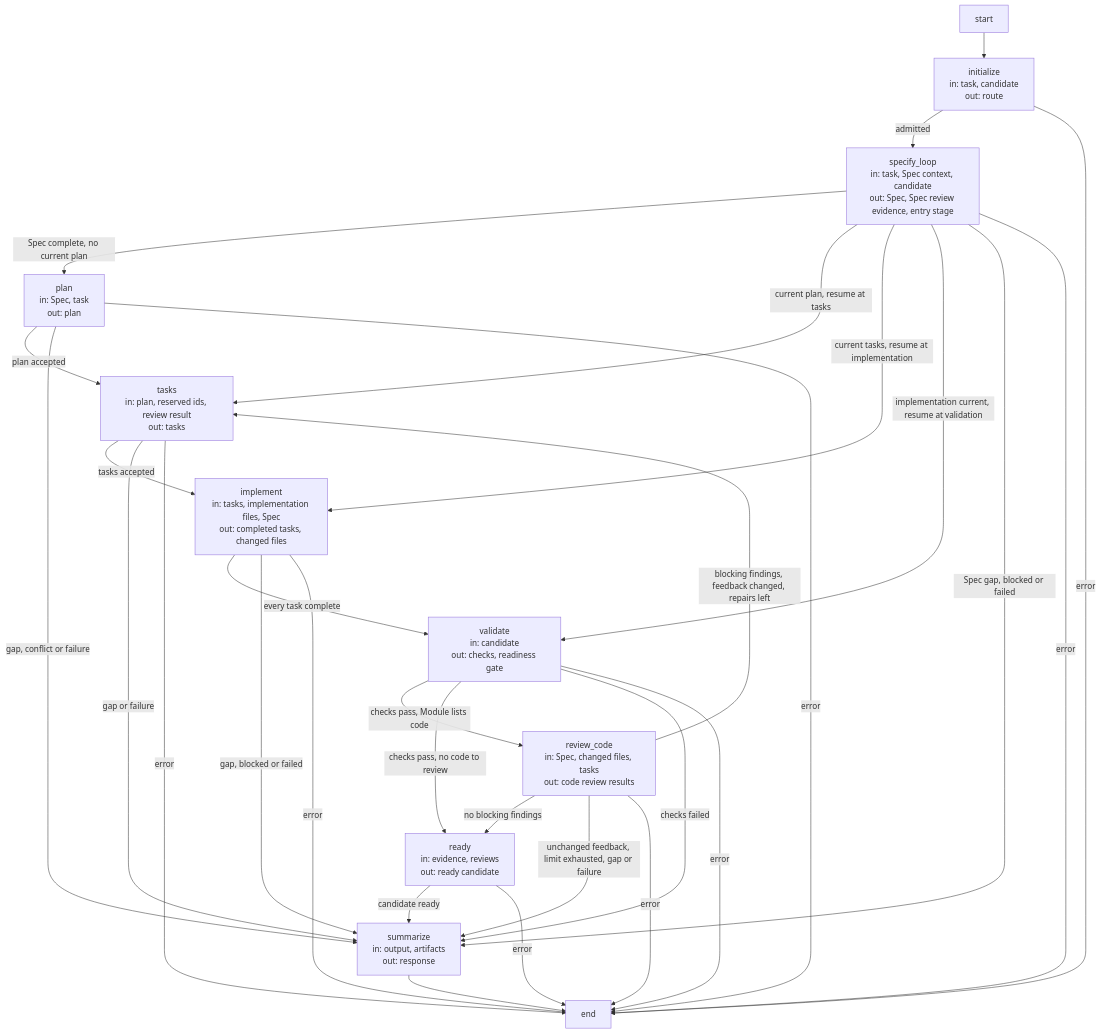
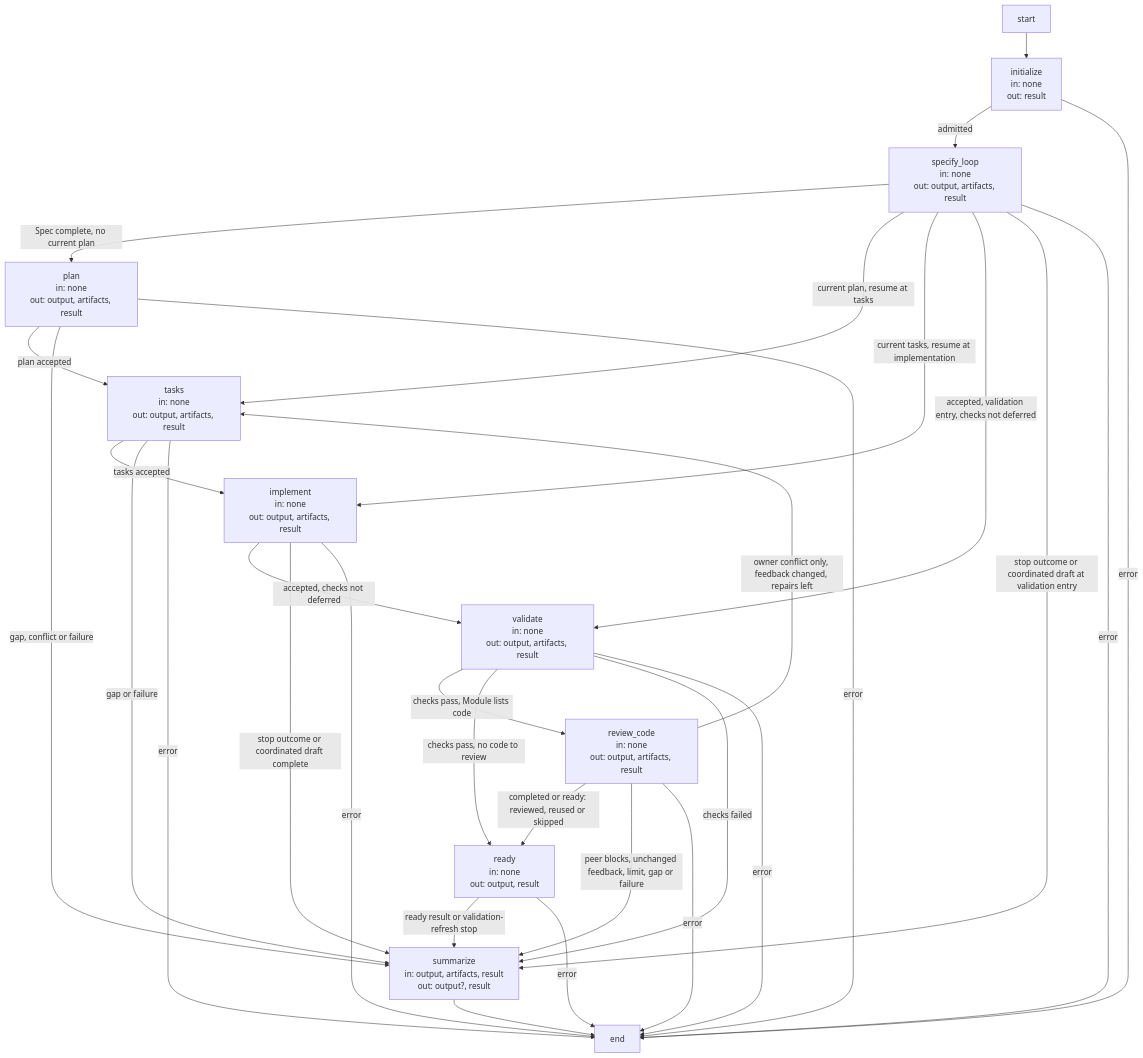
Before and after one commit to FTOD/concorde: the diagram in specs/concorde/dev-loop/execution-reference.md, drawn with Mermaid. The commit also changed other lines of this file and 10 other files, not shown here.

Commit message:
docs: clarify LangGraph state and routing in operation diagrams

````diff
--- a/specs/concorde/dev-loop/execution-reference.md
+++ b/specs/concorde/dev-loop/execution-reference.md
@@ -227,46 +242,46 @@
 ```mermaid
 flowchart TB
     %% graph: development_graph
     accTitle: Development Graph
     accDescr: After initialization the specification Graph runs, then planning, tasks, implementation, validation, code review and readiness in order; a resumed candidate re-enters at the stage its current evidence permits; blocking code review routes back to tasks within the repair budget; every other non-advancing outcome stops at summarize, and a guard-caught error ends the Graph.
     __start__["start"]
-    initialize["initialize<br/>in: task, candidate<br/>out: route"]
-    specify_loop["specify_loop<br/>in: task, Spec context, candidate<br/>out: Spec, Spec review evidence, entry stage"]
-    plan["plan<br/>in: Spec, task<br/>out: plan"]
-    tasks["tasks<br/>in: plan, reserved ids, review result<br/>out: tasks"]
-    implement["implement<br/>in: tasks, implementation files, Spec<br/>out: completed tasks, changed files"]
-    validate["validate<br/>in: candidate<br/>out: checks, readiness gate"]
-    review_code["review_code<br/>in: Spec, changed files, tasks<br/>out: code review results"]
-    ready["ready<br/>in: evidence, reviews<br/>out: ready candidate"]
-    summarize["summarize<br/>in: output, artifacts<br/>out: response"]
+    initialize["initialize<br/>in: none<br/>out: result"]
+    specify_loop["specify_loop<br/>in: none<br/>out: output, artifacts, result"]
+    plan["plan<br/>in: none<br/>out: output, artifacts, result"]
+    tasks["tasks<br/>in: none<br/>out: output, artifacts, result"]
+    implement["implement<br/>in: none<br/>out: output, artifacts, result"]
+    validate["validate<br/>in: none<br/>out: output, artifacts, result"]
+    review_code["review_code<br/>in: none<br/>out: output, artifacts, result"]
+    ready["ready<br/>in: none<br/>out: output, result"]
+    summarize["summarize<br/>in: output, artifacts, result<br/>out: output?, result"]
     __end__["end"]
     __start__ --> initialize
     initialize -->|admitted| specify_loop
     initialize -->|error| __end__
     specify_loop -->|Spec complete, no current plan| plan
     specify_loop -->|current plan, resume at tasks| tasks
     specify_loop -->|current tasks, resume at implementation| implement
-    specify_loop -->|implementation current, resume at validation| validate
-    specify_loop -->|Spec gap, blocked or failed| summarize
+    specify_loop -->|accepted, validation entry, checks not deferred| validate
+    specify_loop -->|stop outcome or coordinated draft at validation entry| summarize
     specify_loop -->|error| __end__
     plan -->|plan accepted| tasks
     plan -->|gap, conflict or failure| summarize
     plan -->|error| __end__
     tasks -->|tasks accepted| implement
     tasks -->|gap or failure| summarize
     tasks -->|error| __end__
-    implement -->|every task complete| validate
-    implement -->|gap, blocked or failed| summarize
+    implement -->|accepted, checks not deferred| validate
+    implement -->|stop outcome or coordinated draft complete| summarize
     implement -->|error| __end__
     validate -->|checks pass, Module lists code| review_code
     validate -->|checks pass, no code to review| ready
     validate -->|checks failed| summarize
     validate -->|error| __end__
-    review_code -->|no blocking findings| ready
-    review_code -->|blocking findings, feedback changed, repairs left| tasks
-    review_code -->|unchanged feedback, limit exhausted, gap or failure| summarize
+    review_code -->|completed or ready: reviewed, reused or skipped| ready
+    review_code -->|owner conflict only, feedback changed, repairs left| tasks
+    review_code -->|peer blocks, unchanged feedback, limit, gap or failure| summarize
     review_code -->|error| __end__
-    ready -->|candidate ready| summarize
+    ready -->|ready result or validation-refresh stop| summarize
     ready -->|error| __end__
     summarize --> __end__
 ```
````
